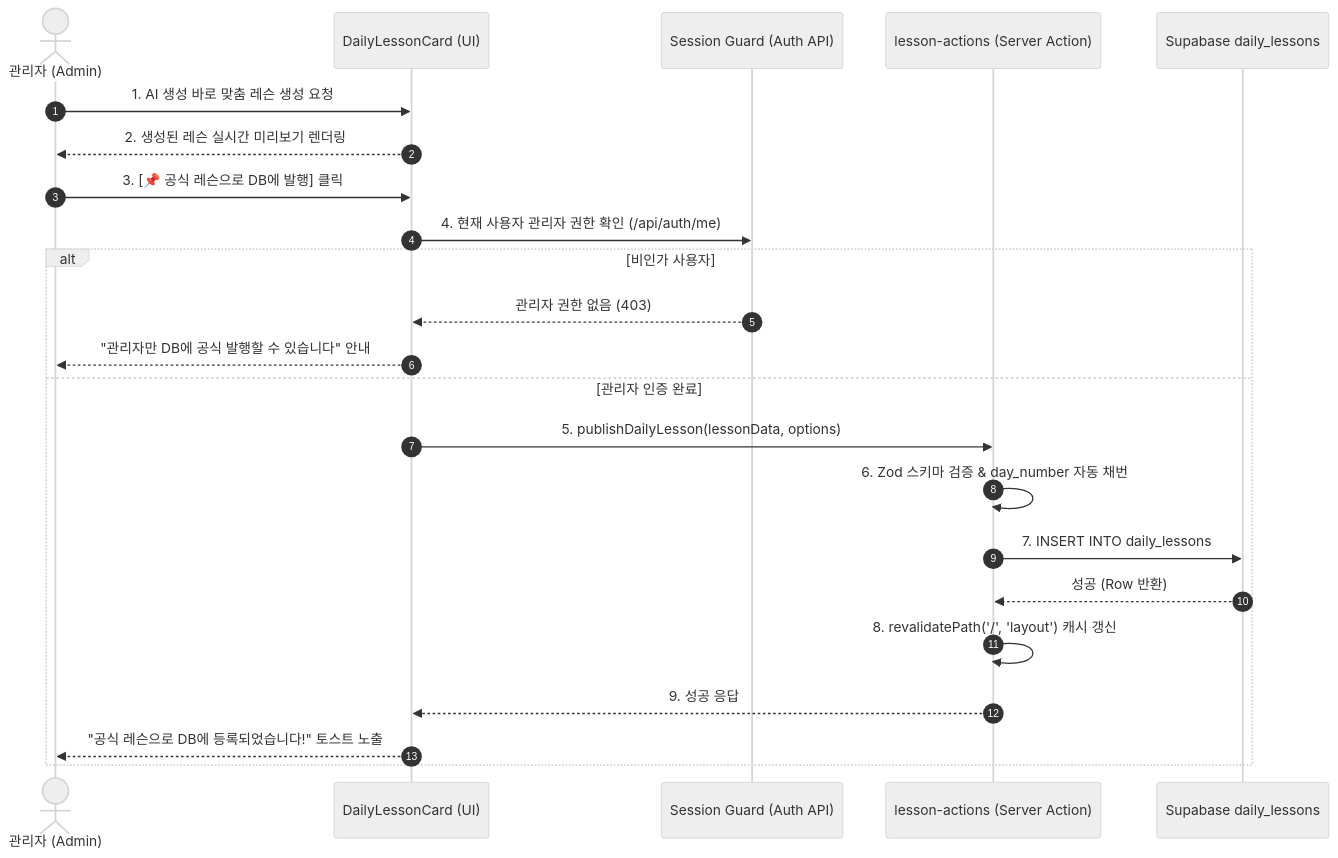
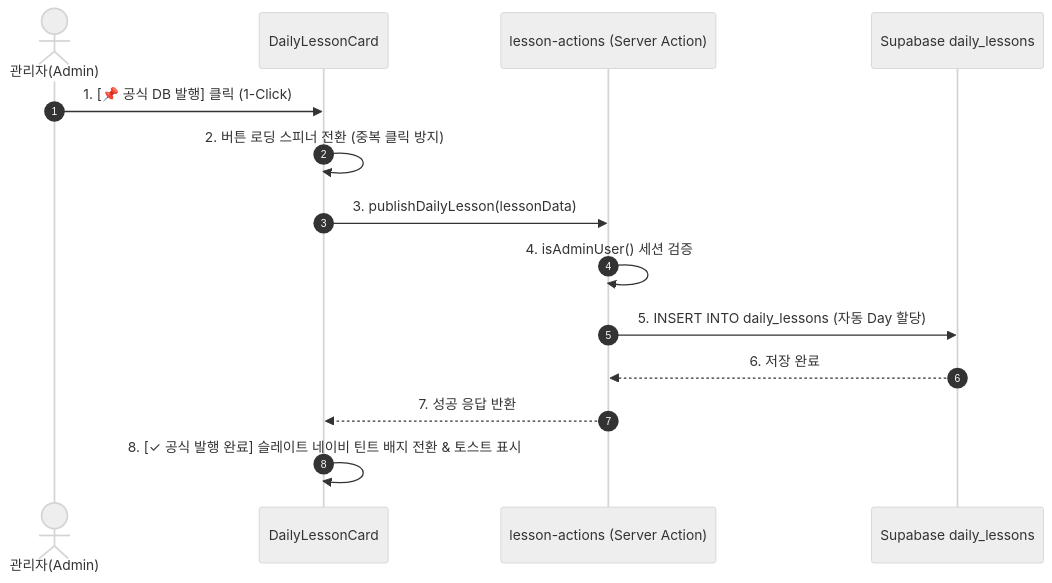
One commit to postforty/busan-dayori changed the diagram in workspace/ai-lesson-archive-implementation-plan.md. Above: the diagram before and after it, drawn with Mermaid (neutral theme). The commit also changed other lines of this file and 6 other files, not shown here.

````diff
--- a/workspace/ai-lesson-archive-implementation-plan.md
+++ b/workspace/ai-lesson-archive-implementation-plan.md
@@ -46,26 +104,17 @@
 ```mermaid
 sequenceDiagram
     autonumber
-    actor Admin as 관리자 (Admin)
-    participant UI as DailyLessonCard (UI)
-    participant Auth as Session Guard (Auth API)
+    actor Admin as 관리자(Admin)
+    participant Card as DailyLessonCard
     participant Action as lesson-actions (Server Action)
     participant DB as Supabase daily_lessons
 
-    Admin->>UI: 1. AI 생성 바로 맞춤 레슨 생성 요청
-    UI-->>Admin: 2. 생성된 레슨 실시간 미리보기 렌더링
-    Admin->>UI: 3. [📌 공식 레슨으로 DB에 발행] 클릭
-    UI->>Auth: 4. 현재 사용자 관리자 권한 확인 (/api/auth/me)
-    alt 비인가 사용자
-        Auth-->>UI: 관리자 권한 없음 (403)
-        UI-->>Admin: "관리자만 DB에 공식 발행할 수 있습니다" 안내
-    else 관리자 인증 완료
-        UI->>Action: 5. publishDailyLesson(lessonData, options)
-        Action->>Action: 6. Zod 스키마 검증 & day_number 자동 채번
-        Action->>DB: 7. INSERT INTO daily_lessons
-        DB-->>Action: 성공 (Row 반환)
-        Action->>Action: 8. revalidatePath('/', 'layout') 캐시 갱신
-        Action-->>UI: 9. 성공 응답
-        UI-->>Admin: "공식 레슨으로 DB에 등록되었습니다!" 토스트 노출
-    end
+    Admin->>Card: 1. [📌 공식 DB 발행] 클릭 (1-Click)
+    Card->>Card: 2. 버튼 로딩 스피너 전환 (중복 클릭 방지)
+    Card->>Action: 3. publishDailyLesson(lessonData)
+    Action->>Action: 4. isAdminUser() 세션 검증
+    Action->>DB: 5. INSERT INTO daily_lessons (자동 Day 할당)
+    DB-->>Action: 6. 저장 완료
+    Action-->>Card: 7. 성공 응답 반환
+    Card->>Card: 8. [✓ 공식 발행 완료] 슬레이트 네이비 틴트 배지 전환 & 토스트 표시
 ```
````
